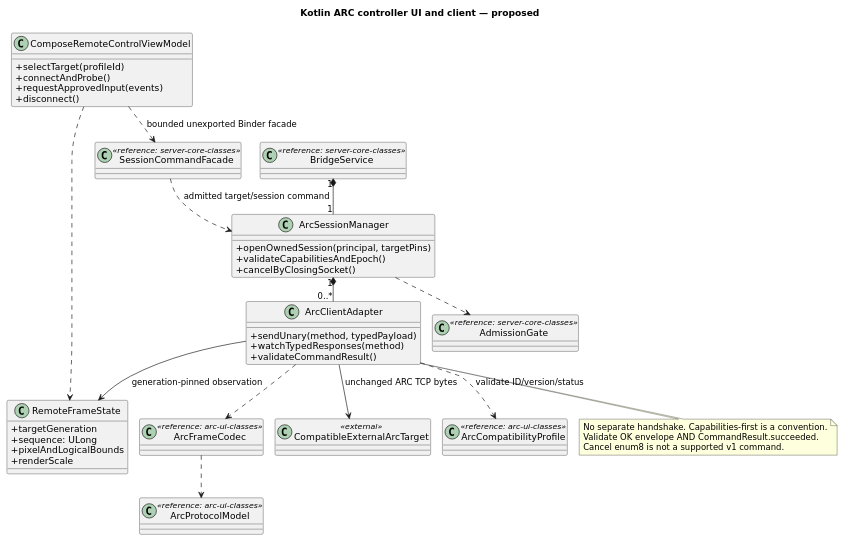
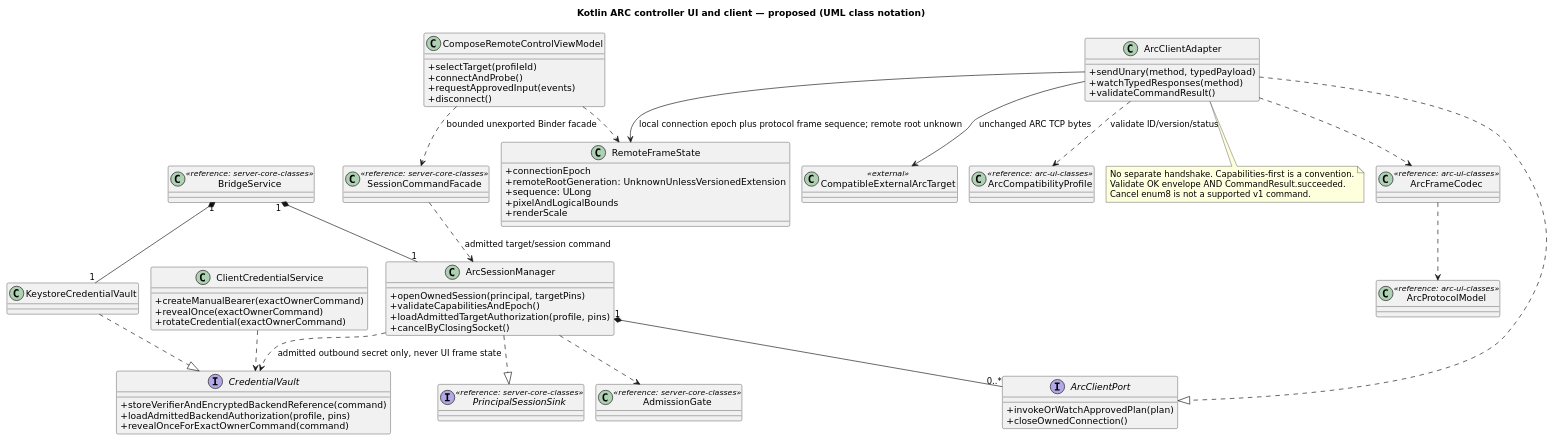
The second of 6 diagrams in remediation/design-c4/architecture/code-diagrams.md (sharpninja/android-mcp), drawn with PlantUML before and after one commit. The commit also changed other lines of this file and 278 other files, not shown here.

````diff
--- a/remediation/design-c4/architecture/code-diagrams.md
+++ b/remediation/design-c4/architecture/code-diagrams.md
@@ -188,55 +254,79 @@
 ```plantuml
 @startuml
 !pragma layout smetana
 skinparam defaultFontName DejaVu Sans
 skinparam classAttributeIconSize 0
 skinparam shadowing false
 skinparam backgroundColor white
-title Kotlin ARC controller UI and client — proposed
+title Kotlin ARC controller UI and client — proposed (UML class notation)
+interface PrincipalSessionSink <<reference: server-core-classes>>
+ArcSessionManager ..|> PrincipalSessionSink
 class ComposeRemoteControlViewModel {
   +selectTarget(profileId)
   +connectAndProbe()
   +requestApprovedInput(events)
   +disconnect()
 }
 class ArcSessionManager {
   +openOwnedSession(principal, targetPins)
   +validateCapabilitiesAndEpoch()
+  +loadAdmittedTargetAuthorization(profile, pins)
   +cancelByClosingSocket()
 }
 class ArcClientAdapter {
   +sendUnary(method, typedPayload)
   +watchTypedResponses(method)
   +validateCommandResult()
 }
 class ArcFrameCodec <<reference: arc-ui-classes>>
 class ArcProtocolModel <<reference: arc-ui-classes>>
 class RemoteFrameState {
-  +targetGeneration
+  +connectionEpoch
+  +remoteRootGeneration: UnknownUnlessVersionedExtension
   +sequence: ULong
   +pixelAndLogicalBounds
   +renderScale
 }
 class AdmissionGate <<reference: server-core-classes>>
 class SessionCommandFacade <<reference: server-core-classes>>
 class CompatibleExternalArcTarget <<external>>
 ComposeRemoteControlViewModel ..> SessionCommandFacade : bounded unexported Binder facade
 SessionCommandFacade ..> ArcSessionManager : admitted target/session command
-ArcSessionManager "1" *-- "0..*" ArcClientAdapter
+interface ArcClientPort {
+  +invokeOrWatchApprovedPlan(plan)
+  +closeOwnedConnection()
+}
+ArcClientAdapter ..|> ArcClientPort
+ArcSessionManager "1" *-- "0..*" ArcClientPort
 class BridgeService <<reference: server-core-classes>>
 BridgeService "1" *-- "1" ArcSessionManager
+interface CredentialVault {
+  +storeVerifierAndEncryptedBackendReference(command)
+  +loadAdmittedBackendAuthorization(profile, pins)
+  +revealOnceForExactOwnerCommand(command)
+}
+class KeystoreCredentialVault
+KeystoreCredentialVault ..|> CredentialVault
+BridgeService "1" *-- "1" KeystoreCredentialVault
+class ClientCredentialService {
+  +createManualBearer(exactOwnerCommand)
+  +revealOnce(exactOwnerCommand)
+  +rotateCredential(exactOwnerCommand)
+}
+ClientCredentialService ..> CredentialVault
+ArcSessionManager ..> CredentialVault : admitted outbound secret only, never UI frame state
 ArcSessionManager ..> AdmissionGate
 class ArcCompatibilityProfile <<reference: arc-ui-classes>>
 ArcClientAdapter ..> ArcCompatibilityProfile : validate ID/version/status
 ArcClientAdapter ..> ArcFrameCodec
 ArcFrameCodec ..> ArcProtocolModel
 ArcClientAdapter --> CompatibleExternalArcTarget : unchanged ARC TCP bytes
-ArcClientAdapter --> RemoteFrameState : generation-pinned observation
+ArcClientAdapter --> RemoteFrameState : local connection epoch plus protocol frame sequence; remote root unknown
 ComposeRemoteControlViewModel ..> RemoteFrameState
 note bottom of ArcClientAdapter
 No separate handshake. Capabilities-first is a convention.
 Validate OK envelope AND CommandResult.succeeded.
 Cancel enum8 is not a supported v1 command.
 end note
 @enduml
 ```
````
